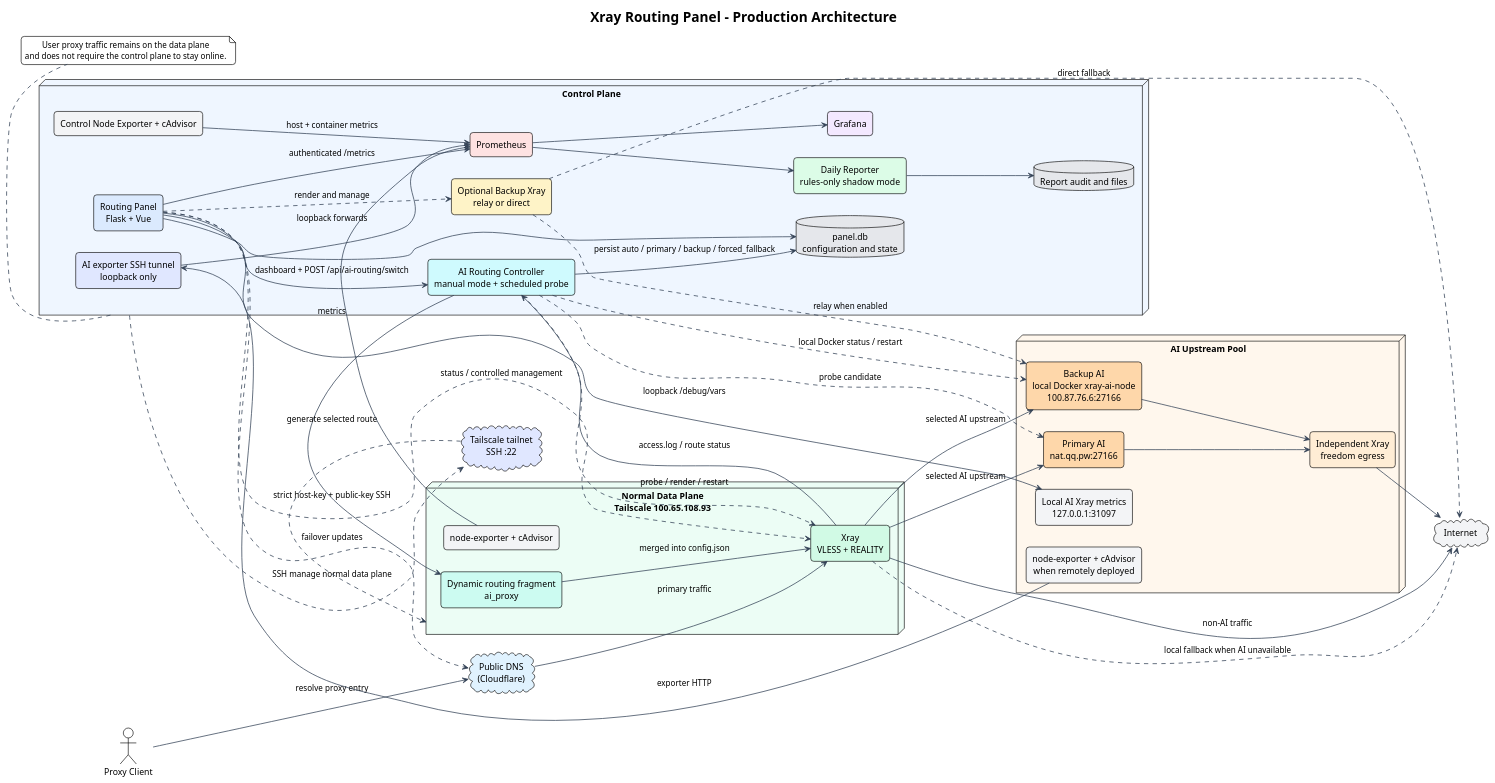
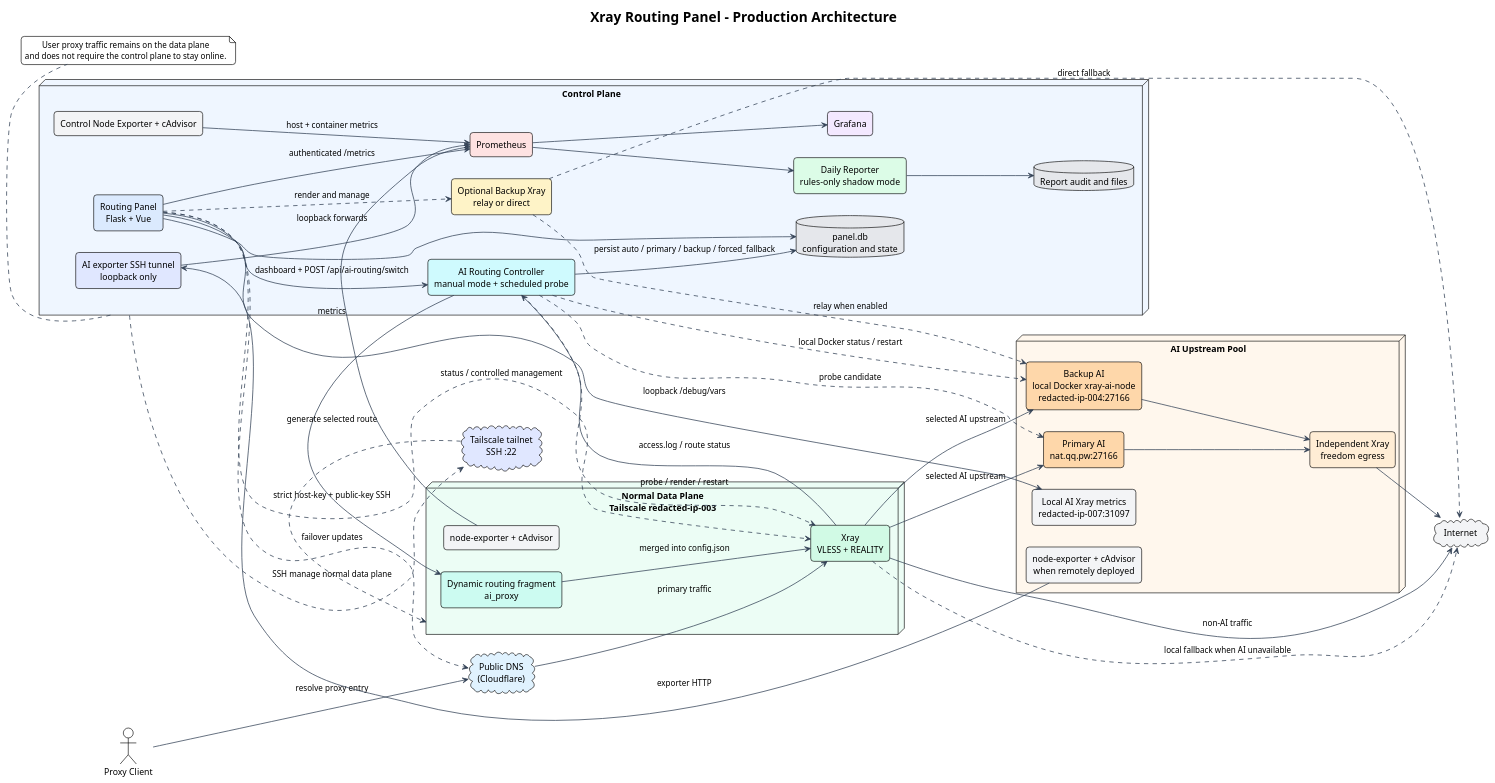
The diagram in docs/diagrams/system-architecture.puml (i-zrhe2016/ai-routing-panel), drawn with PlantUML before and after one commit. The commit also changed 43 other files, not shown here.

```diff
--- a/docs/diagrams/system-architecture.puml
+++ b/docs/diagrams/system-architecture.puml
@@ -1,91 +1,91 @@
 @startuml
 !theme plain
 left to right direction
 skinparam backgroundColor #FFFFFF
 skinparam componentStyle rectangle
 skinparam shadowing false
 skinparam roundcorner 10
 skinparam ArrowColor #334155
 skinparam ArrowThickness 1.2
 skinparam defaultFontName Arial
 skinparam defaultTextAlignment center
 
 title Xray Routing Panel - Production Architecture
 
 actor "Proxy Client" as client
 cloud "Public DNS\n(Cloudflare)" as dns #E0F2FE
 
 node "Control Plane" as control #EFF6FF {
   component "Routing Panel\nFlask + Vue" as panel #DBEAFE
   database "panel.db\nconfiguration and state" as paneldb #E5E7EB
   component "AI Routing Controller\nmanual mode + scheduled probe" as aiController #CFFAFE
   component "Optional Backup Xray\nrelay or direct" as backup #FEF3C7
   component "Prometheus" as prometheus #FEE2E2
   component "Grafana" as grafana #F3E8FF
   component "Control Node Exporter + cAdvisor" as controlMetrics #F3F4F6
   component "Daily Reporter\nrules-only shadow mode" as reporter #DCFCE7
   database "Report audit and files" as reports #E5E7EB
   component "AI exporter SSH tunnel\nloopback only" as tunnel #E0E7FF
 }
 
-node "Normal Data Plane\nTailscale 100.65.108.93" as normal #ECFDF5 {
+node "Normal Data Plane\nTailscale redacted-ip-003" as normal #ECFDF5 {
   component "Xray\nVLESS + REALITY" as normalXray #D1FAE5
   component "Dynamic routing fragment\nai_proxy" as dynamicRoute #CCFBF1
   component "node-exporter + cAdvisor" as normalMetrics #F3F4F6
 }
 
 node "AI Upstream Pool" as aiPool #FFF7ED {
   component "Primary AI\nnat.qq.pw:27166" as primaryAi #FED7AA
-  component "Backup AI\nlocal Docker xray-ai-node\n100.87.76.6:27166" as backupAi #FED7AA
+  component "Backup AI\nlocal Docker xray-ai-node\nredacted-ip-004:27166" as backupAi #FED7AA
   component "Independent Xray\nfreedom egress" as aiEgress #FFEDD5
-  component "Local AI Xray metrics\n127.0.0.1:31097" as localAiMetrics #F3F4F6
+  component "Local AI Xray metrics\nredacted-ip-007:31097" as localAiMetrics #F3F4F6
   component "node-exporter + cAdvisor\nwhen remotely deployed" as aiMetrics #F3F4F6
 }
 
 cloud "Internet" as internet #F3F4F6
 cloud "Tailscale tailnet\nSSH :22" as tailnet #E0E7FF
 
 client --> dns : resolve proxy entry
 dns --> normalXray : primary traffic
 normalXray --> internet : non-AI traffic
 normalXray --> primaryAi : selected AI upstream
 normalXray --> backupAi : selected AI upstream
 primaryAi --> aiEgress
 backupAi --> aiEgress
 aiEgress --> internet
 normalXray ..> internet : local fallback when AI unavailable
 
 panel --> paneldb
 panel --> aiController : dashboard + POST /api/ai-routing/switch
 aiController --> paneldb : persist auto / primary / backup / forced_fallback
 aiController ..> normalXray : probe / render / restart
 aiController ..> primaryAi : probe candidate
 aiController ..> backupAi : local Docker status / restart
 panel ..> normalXray : status / controlled management
 panel ..> dns : failover updates
 panel ..> backup : render and manage
 backup ..> backupAi : relay when enabled
 backup ..> internet : direct fallback
 panel --> localAiMetrics : loopback /debug/vars
 
 aiController --> dynamicRoute : generate selected route
 normalXray --> aiController : access.log / route status
 dynamicRoute --> normalXray : merged into config.json
 control ..> tailnet : SSH manage normal data plane
 tailnet ..> normal : strict host-key + public-key SSH
 
 panel --> prometheus : authenticated /metrics
 controlMetrics --> prometheus : host + container metrics
 normalMetrics --> prometheus : metrics
 aiMetrics --> tunnel : exporter HTTP
 tunnel --> prometheus : loopback forwards
 prometheus --> grafana
 prometheus --> reporter
 reporter --> reports
 
 note bottom of control
   User proxy traffic remains on the data plane
   and does not require the control plane to stay online.
 end note
 
 @enduml
```
